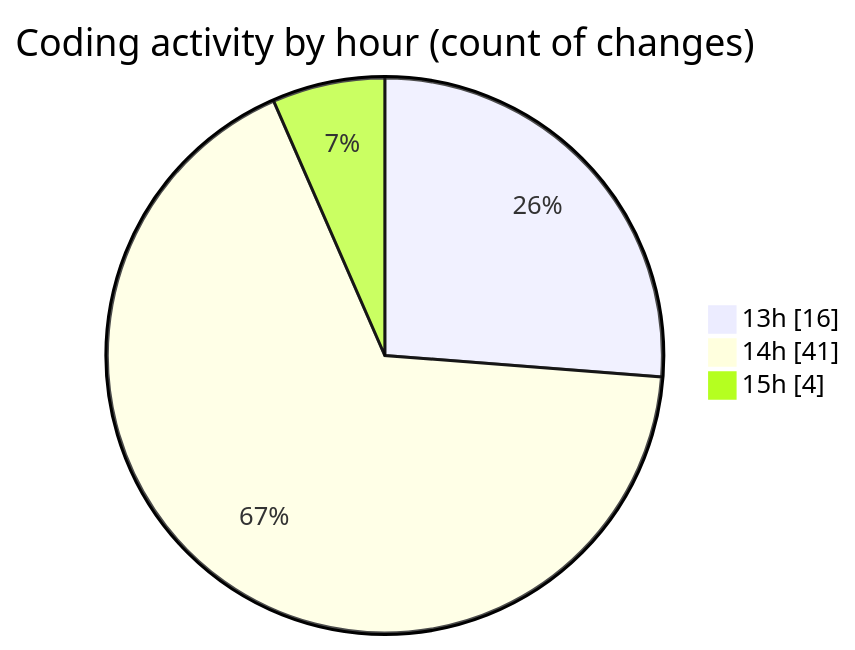
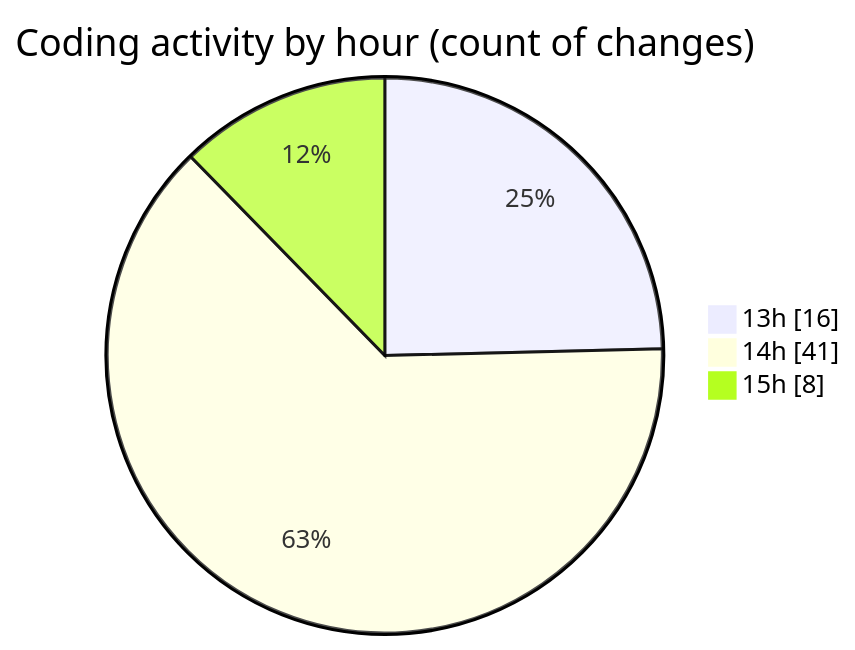
One commit to momahboobian/code-tracking changed the second of 2 diagrams in 2026-02-04/cda/README.md. Above: the diagram before and after it, drawn with Mermaid. The commit also changed other lines of this file and 1 other file, not shown here.

````diff
--- a/2026-02-04/cda/README.md
+++ b/2026-02-04/cda/README.md
@@ -32,7 +32,7 @@
 ```mermaid
 pie showData
 title Coding activity by hour (count of changes)
 "13h" : 16
 "14h" : 41
-"15h" : 4
+"15h" : 8
 ```
````
